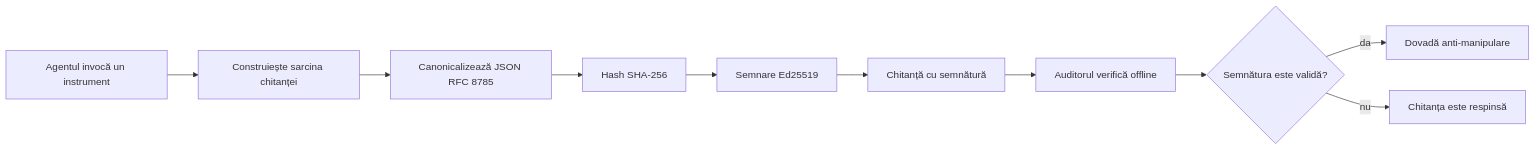
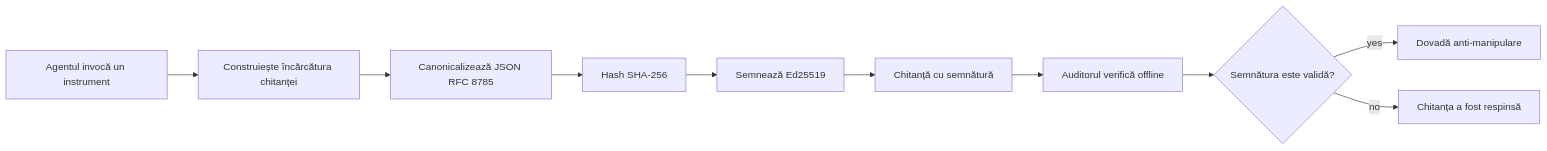
One commit to gabrielmoreira/agent-skills-mirror changed the first of 2 diagrams in mirrors/repos/microsoft@ai-agents-for-beginners/translations/ro/18-securing-ai-agents/README.md. Above: the diagram before and after it, drawn with Mermaid. The commit also changed other lines of this file and 4482 other files, not shown here.

````diff
--- a/mirrors/repos/microsoft@ai-agents-for-beginners/translations/ro/18-securing-ai-agents/README.md
+++ b/mirrors/repos/microsoft@ai-agents-for-beginners/translations/ro/18-securing-ai-agents/README.md
@@ -51,12 +51,12 @@
 ```mermaid
 flowchart LR
-    A[Agentul invocă un instrument] --> B[Construiește sarcina chitanței]
+    A[Agentul invocă un instrument] --> B[Construiește încărcătura chitanței]
     B --> C[Canonicalizează JSON RFC 8785]
     C --> D[Hash SHA-256]
-    D --> E[Semnare Ed25519]
+    D --> E[Semnează Ed25519]
     E --> F[Chitanță cu semnătură]
     F --> G[Auditorul verifică offline]
     G --> H{Semnătura este validă?}
-    H -- da --> I[Dovadă anti-manipulare]
-    H -- nu --> J[Chitanța este respinsă]
+    H -- yes --> I[Dovadă anti-manipulare]
+    H -- no --> J[Chitanța a fost respinsă]
 ```
````
